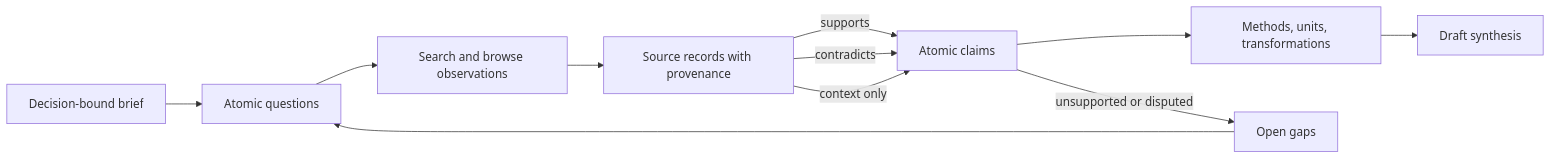
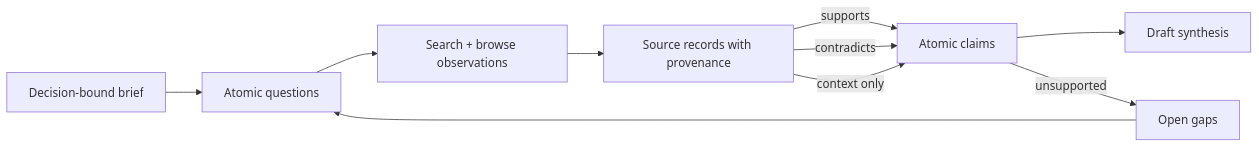
The second of 3 diagrams in chapters/21-agent-applications.qmd (omkarsarde/agentic-engineering), drawn with Mermaid before and after one commit. The commit also changed other lines of this file and 3 other files, not shown here.

````diff
--- a/chapters/21-agent-applications.qmd
+++ b/chapters/21-agent-applications.qmd
@@ -222,16 +558,16 @@
 ```{mermaid}
+%%| echo: false
 %%| label: fig-ch21-evidence-ledger
-%%| fig-cap: "The ledger makes report claims traceable to support, contradiction, transformations, and unresolved gaps before synthesis."
-%%| fig-alt: "A research brief splits into atomic questions. Search observations populate source records. Source records connect through supporting, contradicting, or contextual edges to atomic claims. Claims with methods and transformations enter a draft, while unsupported claims return to open questions."
+%%| fig-cap: "The ledger makes every report claim traceable to support, contradiction, and unresolved gaps before synthesis, so a citation can never be attached to a claim its source does not establish."
+%%| fig-alt: "A decision-bound brief splits into atomic questions, which drive search observations that populate source records; records connect through supporting, contradicting, or context edges to atomic claims, which enter a draft, while unsupported claims loop back to open gaps."
 flowchart LR
     B["Decision-bound brief"] --> Q["Atomic questions"]
-    Q --> S["Search and browse observations"]
+    Q --> S["Search + browse observations"]
     S --> E["Source records with provenance"]
     E -->|"supports"| C["Atomic claims"]
     E -->|"contradicts"| C
     E -->|"context only"| C
-    C --> M["Methods, units, transformations"]
-    M --> D["Draft synthesis"]
-    C -->|"unsupported or disputed"| G["Open gaps"]
+    C --> D["Draft synthesis"]
+    C -->|"unsupported"| G["Open gaps"]
     G --> Q
 ```
````
